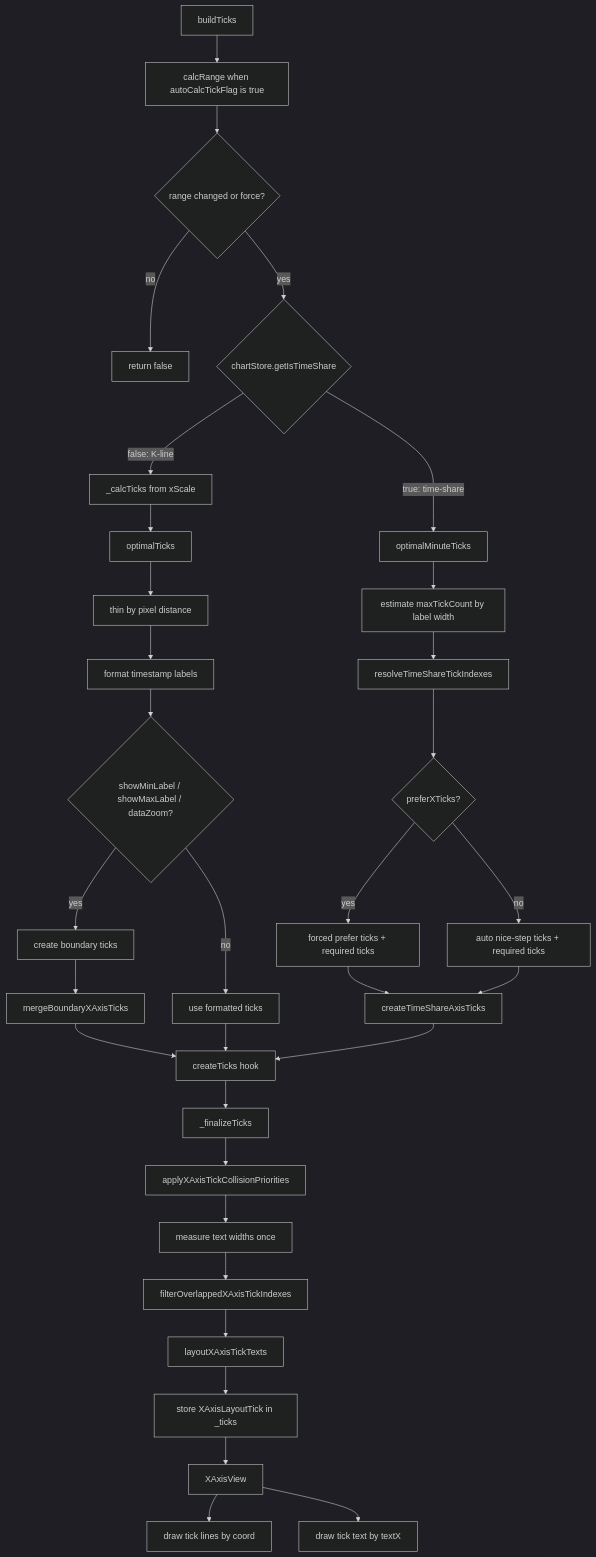
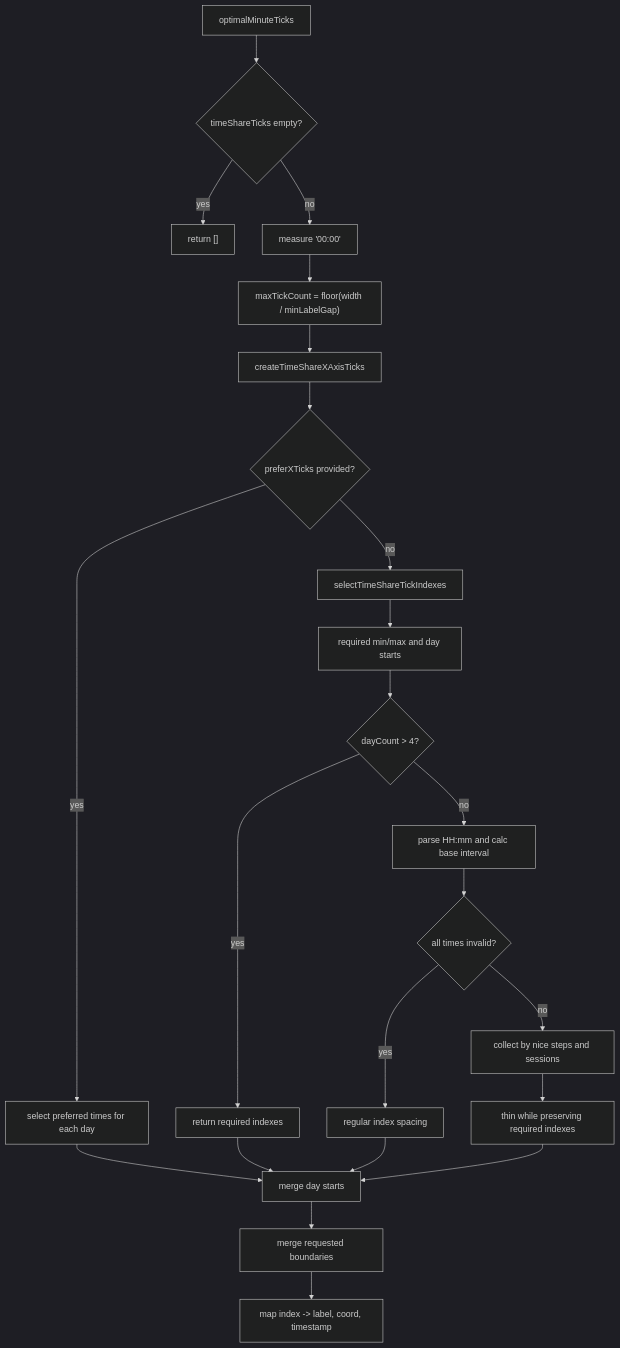
Before and after one commit to pre1ude/KLineChart: the third of 5 diagrams in readme.md, drawn with Mermaid (dark theme). The commit also changed other lines of this file, not shown here.

````diff
--- a/readme.md
+++ b/readme.md
@@ -316,38 +200,25 @@
 ```mermaid
 flowchart TD
-  A["buildTicks"] --> B["calcRange when autoCalcTickFlag is true"]
-  B --> C{"range changed or force?"}
-  C -->|no| Z["return false"]
-  C -->|yes| D{"chartStore.getIsTimeShare"}
-
-  D -->|false: K-line| K1["_calcTicks from xScale"]
-  K1 --> K2["optimalTicks"]
-  K2 --> K3["thin by pixel distance"]
-  K3 --> K4["format timestamp labels"]
-  K4 --> K5{"showMinLabel / showMaxLabel / dataZoom?"}
-  K5 -->|yes| K6["create boundary ticks"]
-  K6 --> K7["mergeBoundaryXAxisTicks"]
-  K5 -->|no| K8["use formatted ticks"]
-  K7 --> H["createTicks hook"]
-  K8 --> H
-
-  D -->|true: time-share| T1["optimalMinuteTicks"]
-  T1 --> T2["estimate maxTickCount by label width"]
-  T2 --> T3["resolveTimeShareTickIndexes"]
-  T3 --> T4{"preferXTicks?"}
-  T4 -->|yes| T5["forced prefer ticks + required ticks"]
-  T4 -->|no| T6["auto nice-step ticks + required ticks"]
-  T5 --> T7["createTimeShareAxisTicks"]
-  T6 --> T7
-  T7 --> H
-
-  H --> F["_finalizeTicks"]
-  F --> F1["applyXAxisTickCollisionPriorities"]
-  F1 --> F2["measure text widths once"]
-  F2 --> F3["filterOverlappedXAxisTickIndexes"]
-  F3 --> F4["layoutXAxisTickTexts"]
-  F4 --> F5["store XAxisLayoutTick in _ticks"]
-  F5 --> V["XAxisView"]
-  V --> V1["draw tick lines by coord"]
-  V --> V2["draw tick text by textX"]
+  A["optimalMinuteTicks"] --> B{"timeShareTicks empty?"}
+  B -->|yes| Z["return []"]
+  B -->|no| C["measure '00:00'"]
+  C --> D["maxTickCount = floor(width / minLabelGap)"]
+  D --> E["createTimeShareXAxisTicks"]
+  E --> F{"preferXTicks provided?"}
+  F -->|yes| G["select preferred times for each day"]
+  F -->|no| H["selectTimeShareTickIndexes"]
+  H --> I["required min/max and day starts"]
+  I --> J{"dayCount > 4?"}
+  J -->|yes| K["return required indexes"]
+  J -->|no| L["parse HH:mm and calc base interval"]
+  L --> M{"all times invalid?"}
+  M -->|yes| N["regular index spacing"]
+  M -->|no| O["collect by nice steps and sessions"]
+  O --> P["thin while preserving required indexes"]
+  G --> Q["merge day starts"]
+  K --> Q
+  N --> Q
+  P --> Q
+  Q --> R["merge requested boundaries"]
+  R --> S["map index -> label, coord, timestamp"]
 ```
````
